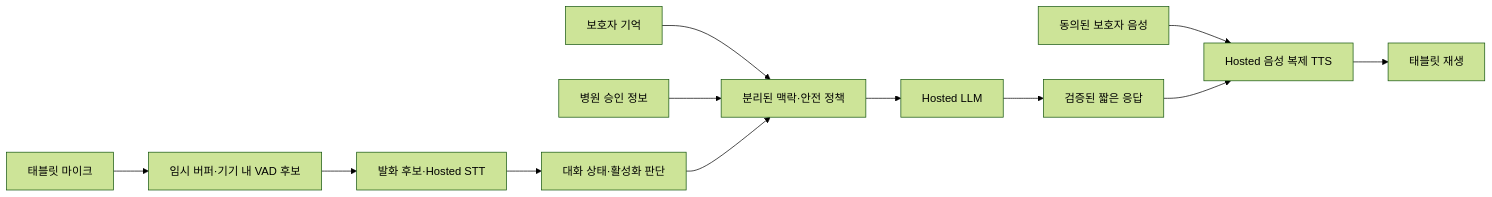
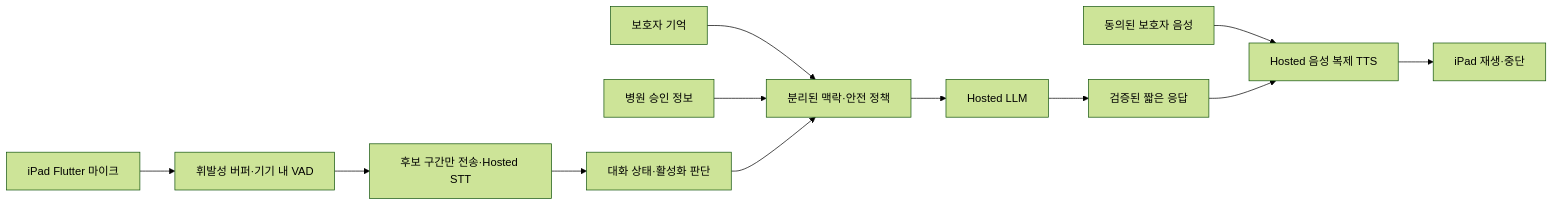
One commit to GracieRho/KoF5-TTS-delirium changed the diagram in architecture/README.md. Above: the diagram before and after it, drawn with Mermaid (forest theme). The commit also changed other lines of this file and 207 other files, not shown here.

````diff
--- a/architecture/README.md
+++ b/architecture/README.md
@@ -7,14 +7,14 @@
 ```mermaid
 flowchart LR
-    A["태블릿 마이크"] --> B["임시 버퍼·기기 내 VAD 후보"]
-    B --> C["발화 후보·Hosted STT"]
+    A["iPad Flutter 마이크"] --> B["휘발성 버퍼·기기 내 VAD"]
+    B --> C["후보 구간만 전송·Hosted STT"]
     C --> D["대화 상태·활성화 판단"]
     E["보호자 기억"] --> F["분리된 맥락·안전 정책"]
     G["병원 승인 정보"] --> F
     D --> F
     F --> H["Hosted LLM"]
     H --> I["검증된 짧은 응답"]
     J["동의된 보호자 음성"] --> K["Hosted 음성 복제 TTS"]
     I --> K
-    K --> L["태블릿 재생"]
+    K --> L["iPad 재생·중단"]
 ```
````
